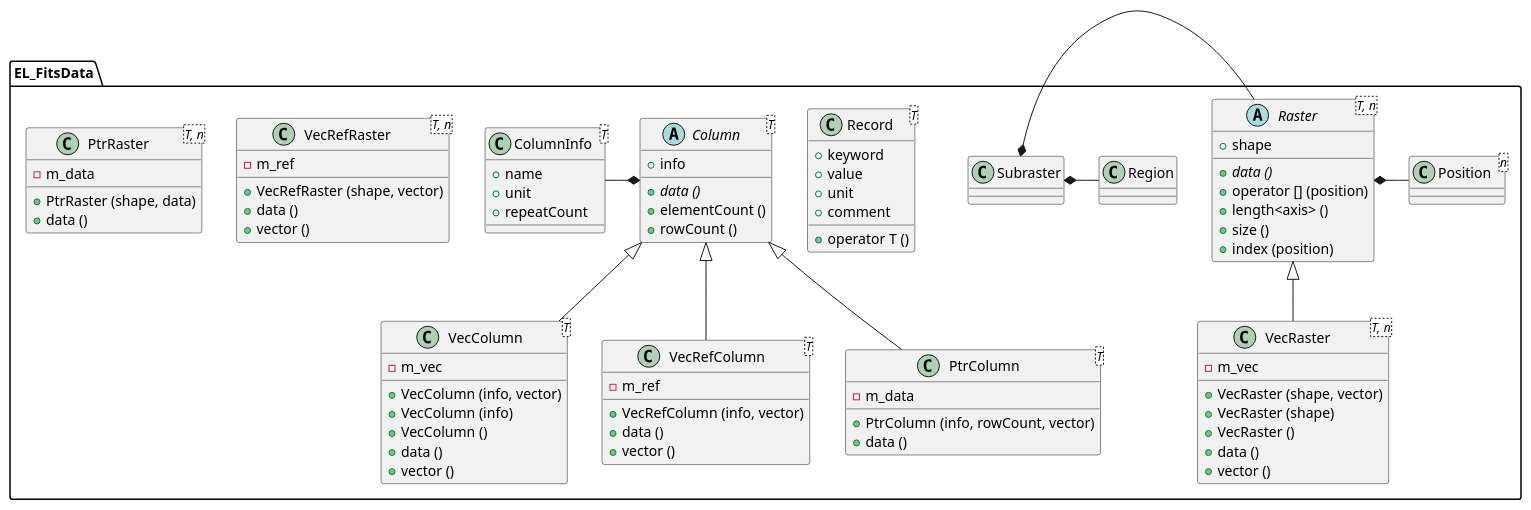
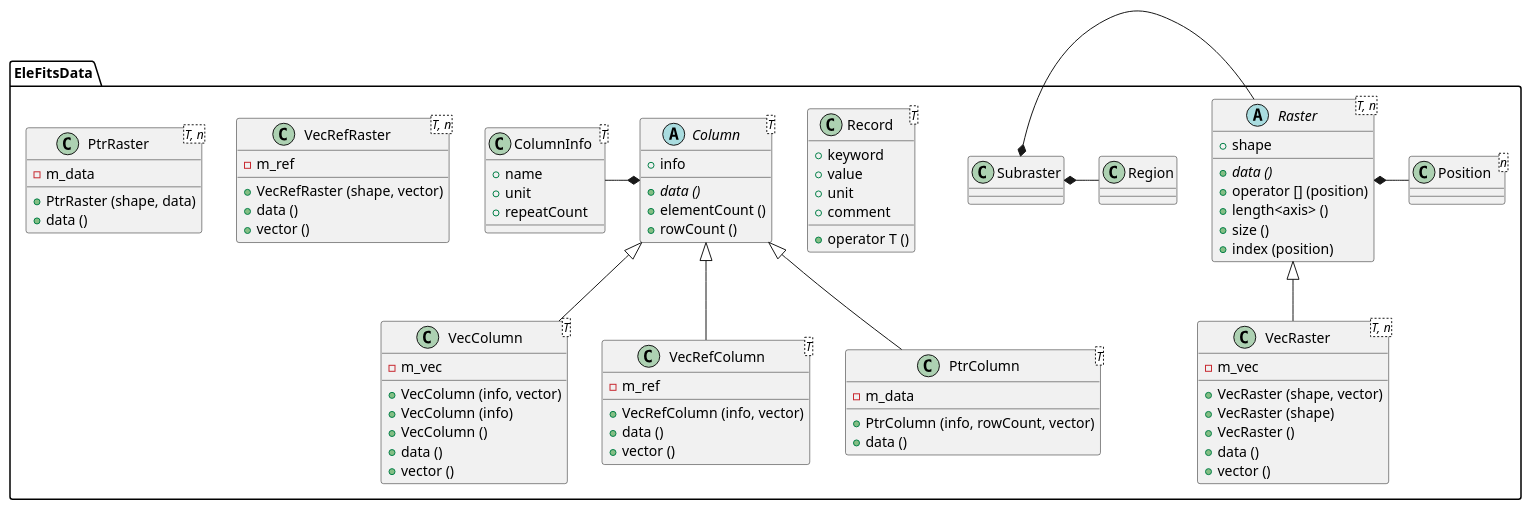
One commit to CNES/EleFits changed the diagram in doc/diagrams/src/FitsData.puml. Above: the diagram before and after it, drawn with PlantUML. The commit also changed 406 other files, not shown here.

```diff
--- a/doc/diagrams/src/FitsData.puml
+++ b/doc/diagrams/src/FitsData.puml
@@ -1,96 +1,96 @@
 @startuml
 
-package EL_FitsData {
+package EleFitsData {
 
 Raster <|-- VecRaster
 Raster *- Position
 Subraster *- Raster
 Subraster *- Region
 
 Record -[hidden] Record
 
 Column <|-- VecColumn
 Column <|-- VecRefColumn
 Column <|-- PtrColumn
 ColumnInfo -* Column
 
 class Position<n> {
 }
 
 abstract class Raster<T, n> {
 + shape
 + {abstract} data ()
 + operator [] (position)
 + length<axis> ()
 + size ()
 + index (position)
 }
 
 class VecRaster<T, n> {
 - m_vec
 + VecRaster (shape, vector)
 + VecRaster (shape)
 + VecRaster ()
 + data ()
 + vector ()
 }
 
 class VecRefRaster<T, n> {
 - m_ref
 + VecRefRaster (shape, vector)
 + data ()
 + vector ()
 }
 
 class PtrRaster<T, n> {
 - m_data
 + PtrRaster (shape, data)
 + data ()
 }
 
 class Record<T> {
 + keyword
 + value
 + unit
 + comment
 + operator T ()
 }
 
 class ColumnInfo<T> {
 + name
 + unit
 + repeatCount
 }
 
 abstract class Column<T> {
 + info
 + {abstract} data ()
 + elementCount ()
 + rowCount ()
 }
 
 class VecColumn<T> {
 - m_vec
 + VecColumn (info, vector)
 + VecColumn (info)
 + VecColumn ()
 + data ()
 + vector ()
 }
 
 class VecRefColumn<T> {
 - m_ref
 + VecRefColumn (info, vector)
 + data ()
 + vector ()
 }
 
 class PtrColumn<T> {
 - m_data
 + PtrColumn (info, rowCount, vector)
 + data ()
 }
 
 }
 
 @enduml
```
